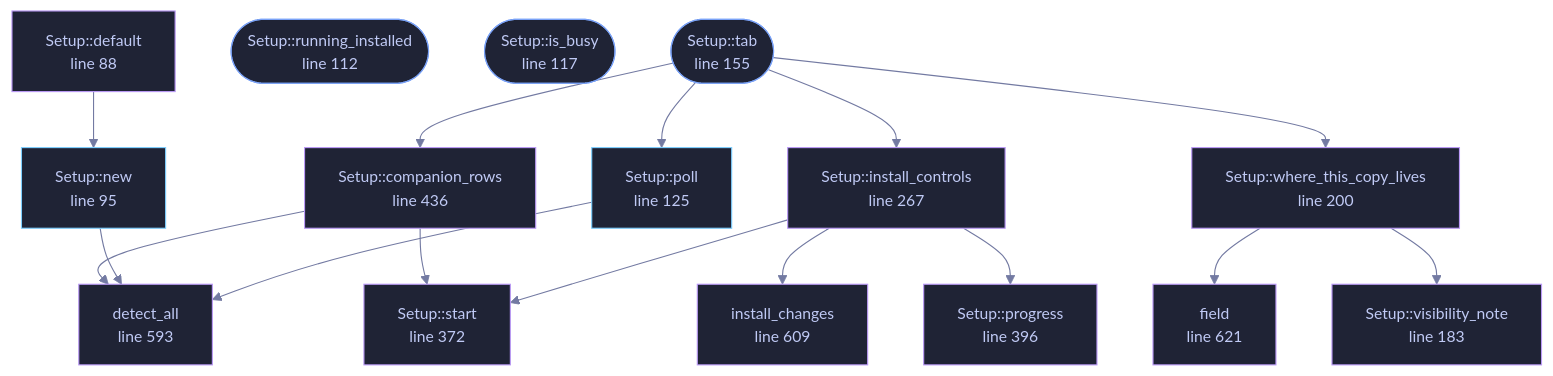
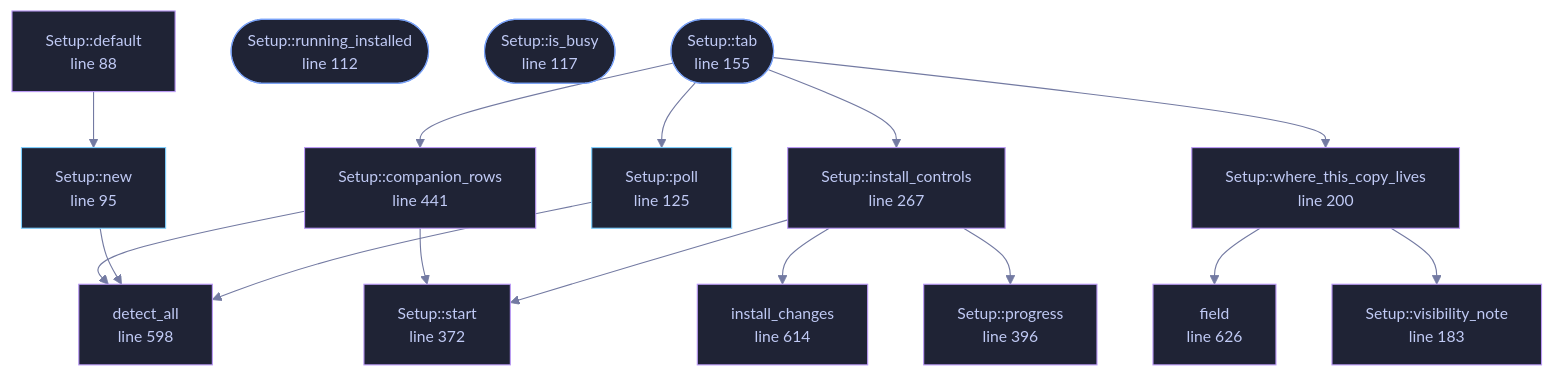
The diagram in docs/files/veilvoice-gui/setup.md (tilas01/veilvoice), drawn with Mermaid before and after one commit. The commit also changed other lines of this file and 131 other files, not shown here.

````diff
--- a/docs/files/veilvoice-gui/setup.md
+++ b/docs/files/veilvoice-gui/setup.md
@@ -113,54 +113,54 @@
 ```mermaid
 %%{init: {"theme":"base","themeVariables":{"background":"#1a1b26","primaryColor":"#1f2335","primaryTextColor":"#c0caf5","primaryBorderColor":"#7aa2f7","secondaryColor":"#16161e","tertiaryColor":"#16161e","lineColor":"#737aa2","textColor":"#c0caf5","mainBkg":"#1f2335","nodeBorder":"#7aa2f7","clusterBkg":"#16161e","clusterBorder":"#2f3549","fontFamily":"ui-monospace, SFMono-Regular, Consolas, monospace","fontSize":"14px"}}}%%
 flowchart TD
     n_default["Setup::default<br/>line 88"]
     n_new["Setup::new<br/>line 95"]
     n_running_installed(["Setup::running_installed<br/>line 112"])
     n_is_busy(["Setup::is_busy<br/>line 117"])
     n_poll["Setup::poll<br/>line 125"]
     n_tab(["Setup::tab<br/>line 155"])
     n_visibility_note["Setup::visibility_note<br/>line 183"]
     n_where_this_copy_lives["Setup::where_this_copy_lives<br/>line 200"]
     n_install_controls["Setup::install_controls<br/>line 267"]
     n_start["Setup::start<br/>line 372"]
     n_progress["Setup::progress<br/>line 396"]
-    n_companion_rows["Setup::companion_rows<br/>line 436"]
-    n_detect_all["detect_all<br/>line 593"]
-    n_install_changes["install_changes<br/>line 609"]
-    n_field["field<br/>line 621"]
+    n_companion_rows["Setup::companion_rows<br/>line 441"]
+    n_detect_all["detect_all<br/>line 598"]
+    n_install_changes["install_changes<br/>line 614"]
+    n_field["field<br/>line 626"]
     n_companion_rows --> n_detect_all
     n_companion_rows --> n_start
     n_default --> n_new
     n_install_controls --> n_install_changes
     n_install_controls --> n_progress
     n_install_controls --> n_start
     n_new --> n_detect_all
     n_poll --> n_detect_all
     n_tab --> n_companion_rows
     n_tab --> n_install_controls
     n_tab --> n_poll
     n_tab --> n_where_this_copy_lives
     n_where_this_copy_lives --> n_field
     n_where_this_copy_lives --> n_visibility_note
     click n_default href "https://github.com/tilas01/veilvoice/blob/main/crates/veilvoice-gui/src/setup.rs#L88" "open the source"
     click n_new href "https://github.com/tilas01/veilvoice/blob/main/crates/veilvoice-gui/src/setup.rs#L95" "open the source"
     click n_running_installed href "https://github.com/tilas01/veilvoice/blob/main/crates/veilvoice-gui/src/setup.rs#L112" "open the source"
     click n_is_busy href "https://github.com/tilas01/veilvoice/blob/main/crates/veilvoice-gui/src/setup.rs#L117" "open the source"
     click n_poll href "https://github.com/tilas01/veilvoice/blob/main/crates/veilvoice-gui/src/setup.rs#L125" "open the source"
     click n_tab href "https://github.com/tilas01/veilvoice/blob/main/crates/veilvoice-gui/src/setup.rs#L155" "open the source"
     click n_visibility_note href "https://github.com/tilas01/veilvoice/blob/main/crates/veilvoice-gui/src/setup.rs#L183" "open the source"
     click n_where_this_copy_lives href "https://github.com/tilas01/veilvoice/blob/main/crates/veilvoice-gui/src/setup.rs#L200" "open the source"
     click n_install_controls href "https://github.com/tilas01/veilvoice/blob/main/crates/veilvoice-gui/src/setup.rs#L267" "open the source"
     click n_start href "https://github.com/tilas01/veilvoice/blob/main/crates/veilvoice-gui/src/setup.rs#L372" "open the source"
     click n_progress href "https://github.com/tilas01/veilvoice/blob/main/crates/veilvoice-gui/src/setup.rs#L396" "open the source"
-    click n_companion_rows href "https://github.com/tilas01/veilvoice/blob/main/crates/veilvoice-gui/src/setup.rs#L436" "open the source"
-    click n_detect_all href "https://github.com/tilas01/veilvoice/blob/main/crates/veilvoice-gui/src/setup.rs#L593" "open the source"
-    click n_install_changes href "https://github.com/tilas01/veilvoice/blob/main/crates/veilvoice-gui/src/setup.rs#L609" "open the source"
-    click n_field href "https://github.com/tilas01/veilvoice/blob/main/crates/veilvoice-gui/src/setup.rs#L621" "open the source"
+    click n_companion_rows href "https://github.com/tilas01/veilvoice/blob/main/crates/veilvoice-gui/src/setup.rs#L441" "open the source"
+    click n_detect_all href "https://github.com/tilas01/veilvoice/blob/main/crates/veilvoice-gui/src/setup.rs#L598" "open the source"
+    click n_install_changes href "https://github.com/tilas01/veilvoice/blob/main/crates/veilvoice-gui/src/setup.rs#L614" "open the source"
+    click n_field href "https://github.com/tilas01/veilvoice/blob/main/crates/veilvoice-gui/src/setup.rs#L626" "open the source"
     classDef entry fill:#1f2335,stroke:#7aa2f7,color:#c0caf5
     class n_running_installed,n_is_busy,n_tab entry
     classDef api fill:#1f2335,stroke:#7dcfff,color:#c0caf5
     class n_new,n_poll api
     classDef helper fill:#1f2335,stroke:#bb9af7,color:#c0caf5
     class n_default,n_visibility_note,n_where_this_copy_lives,n_install_controls,n_start,n_progress,n_companion_rows,n_detect_all,n_install_changes,n_field helper
 ```
````
